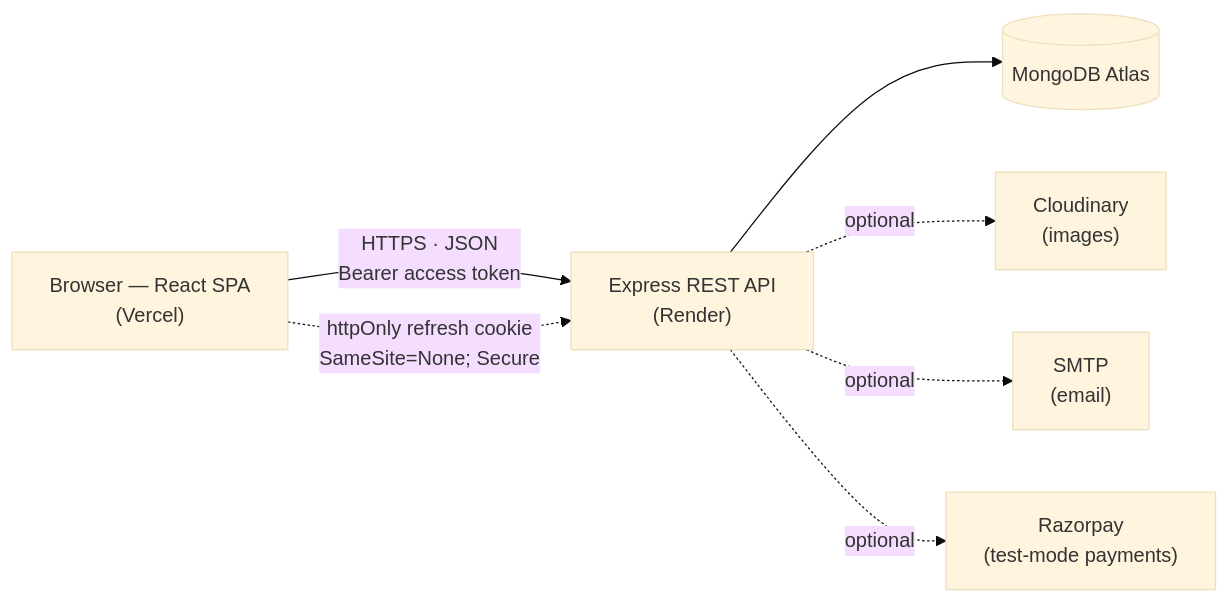
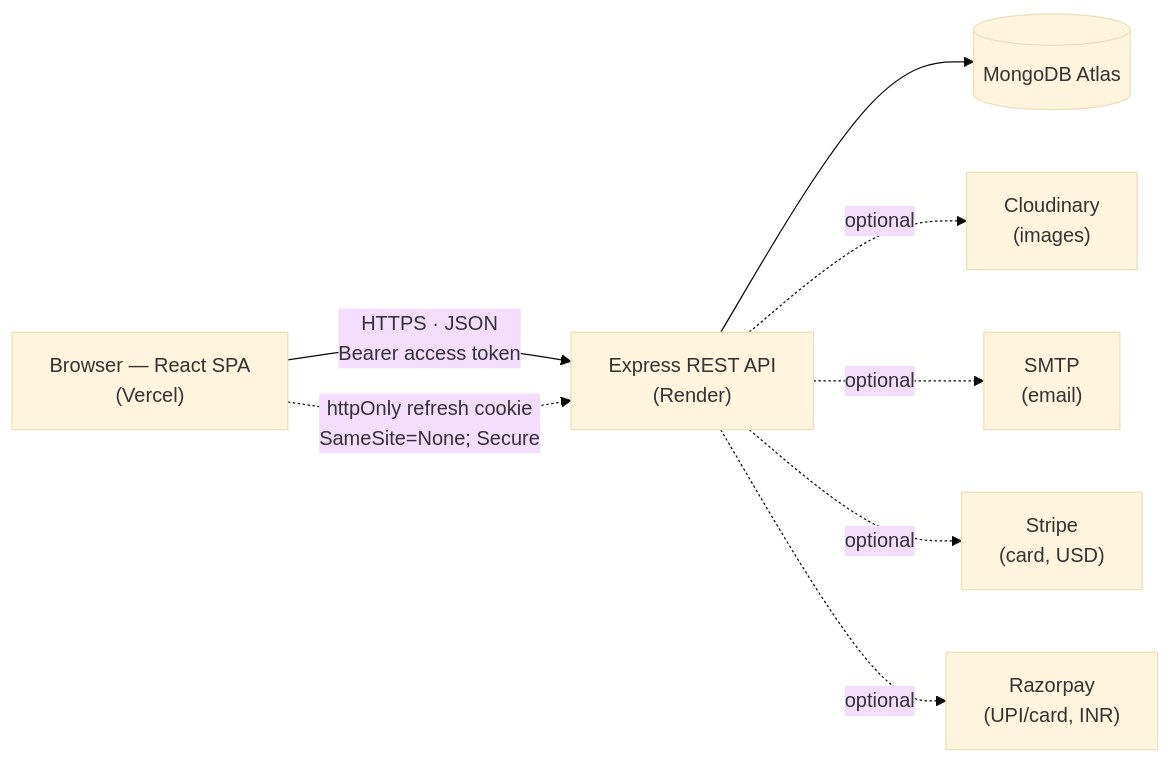
One commit to tushar4935/luxe-ecommerce-platform changed the first of 2 diagrams in README.md. Above: the diagram before and after it, drawn with Mermaid (base theme). The commit also changed other lines of this file, not shown here.

First line of the commit message:
docs: document Stripe alongside Razorpay across the README

````diff
--- a/README.md
+++ b/README.md
@@ -119,9 +119,10 @@
 ```mermaid
 flowchart LR
   U["Browser — React SPA<br/>(Vercel)"] -->|"HTTPS · JSON<br/>Bearer access token"| A["Express REST API<br/>(Render)"]
   U -.->|"httpOnly refresh cookie<br/>SameSite=None; Secure"| A
   A --> D[("MongoDB Atlas")]
   A -.->|optional| C["Cloudinary<br/>(images)"]
   A -.->|optional| M["SMTP<br/>(email)"]
-  A -.->|optional| R["Razorpay<br/>(test-mode payments)"]
+  A -.->|optional| S["Stripe<br/>(card, USD)"]
+  A -.->|optional| R["Razorpay<br/>(UPI/card, INR)"]
 ```
````
